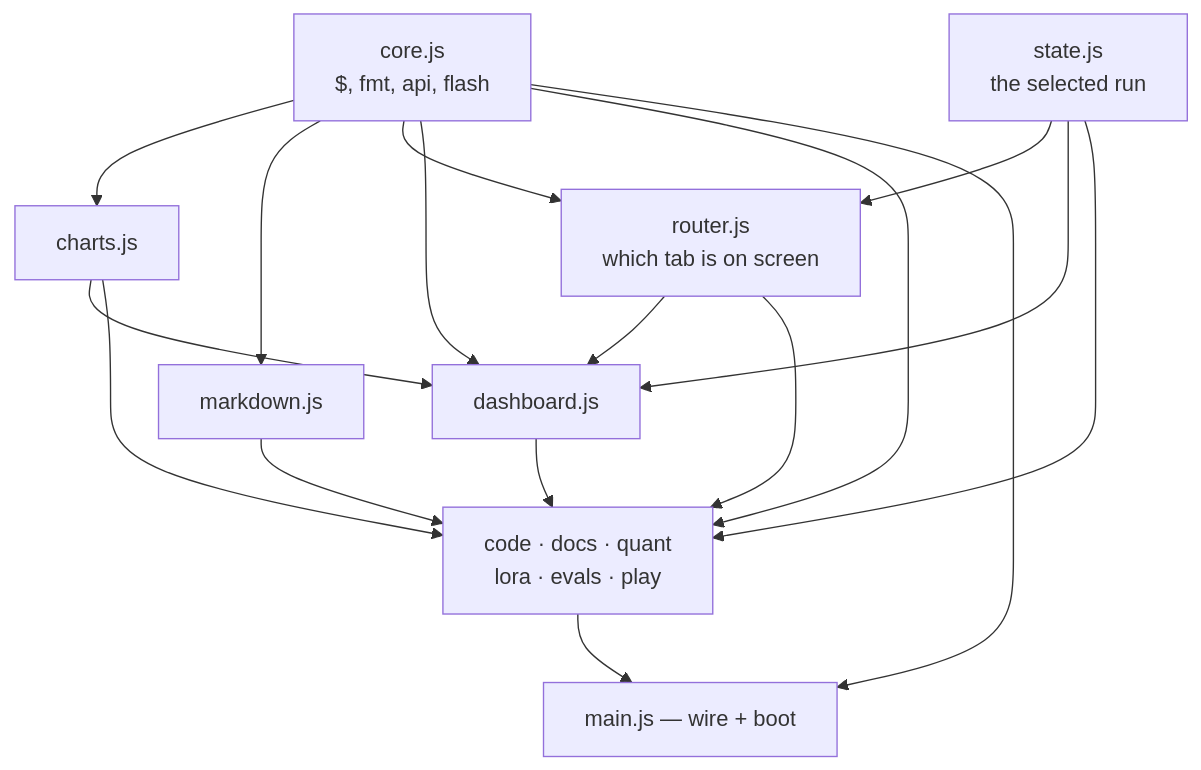
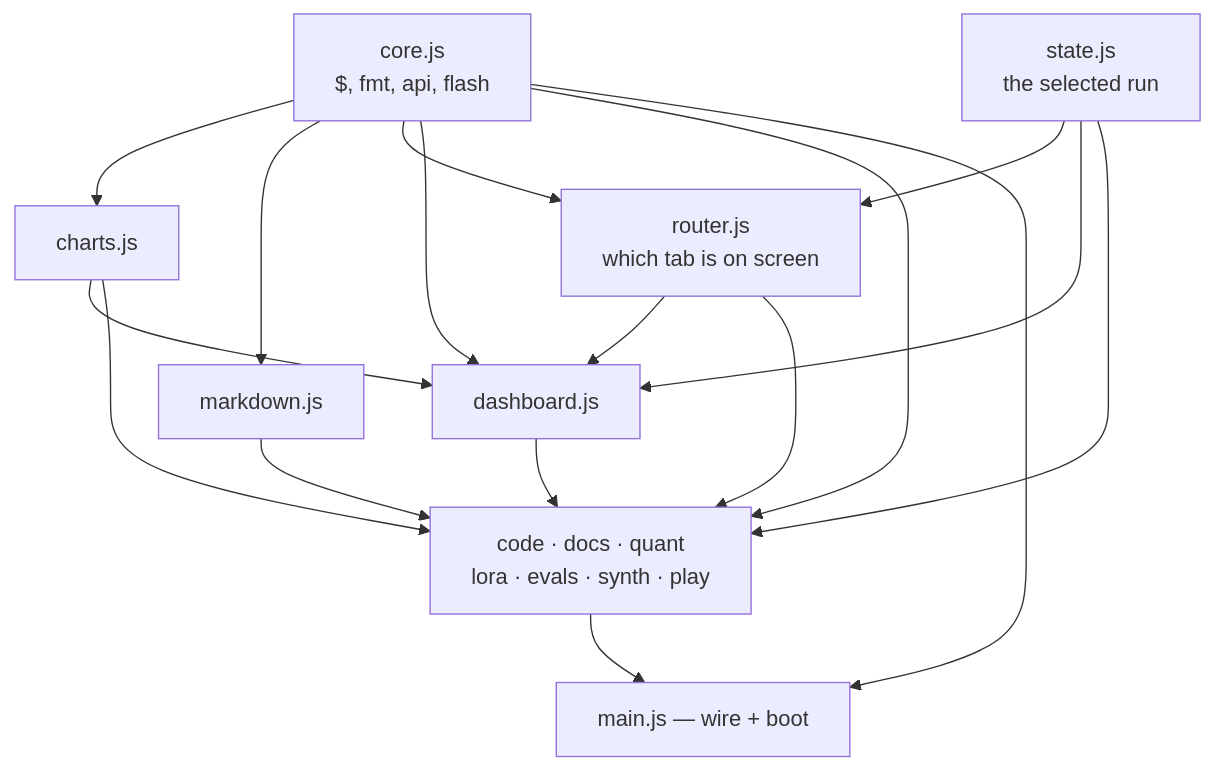
The sixth of 6 diagrams in docs/09-running-and-watching.md (kunwarmahen/aksharallm), drawn with Mermaid before and after one commit. The commit also changed other lines of this file and 26 other files, not shown here.

````diff
--- a/docs/09-running-and-watching.md
+++ b/docs/09-running-and-watching.md
@@ -297,19 +306,19 @@
 ```mermaid
 flowchart TD
     core["core.js<br/>$, fmt, api, flash"]
     state["state.js<br/>the selected run"]
     router["router.js<br/>which tab is on screen"]
     charts["charts.js"]
     md["markdown.js"]
     dash["dashboard.js"]
-    tabs["code · docs · quant<br/>lora · evals · play"]
+    tabs["code · docs · quant<br/>lora · evals · synth · play"]
     main["main.js — wire + boot"]
 
     core --> charts & md & router & dash & tabs & main
     state --> router & dash & tabs
     router --> dash & tabs
     charts --> dash & tabs
     md --> tabs
     dash --> tabs
     tabs --> main
 ```
````
